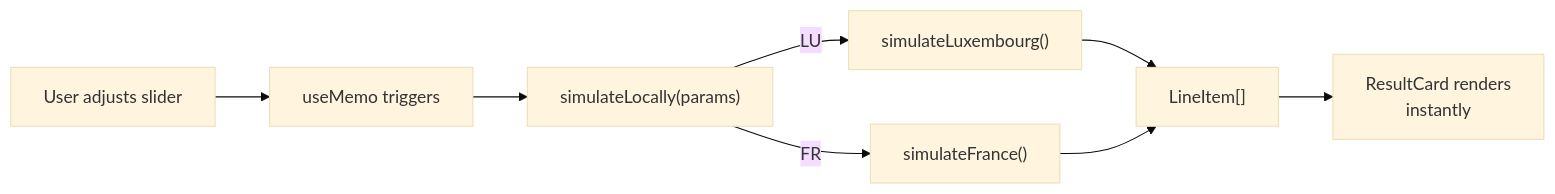
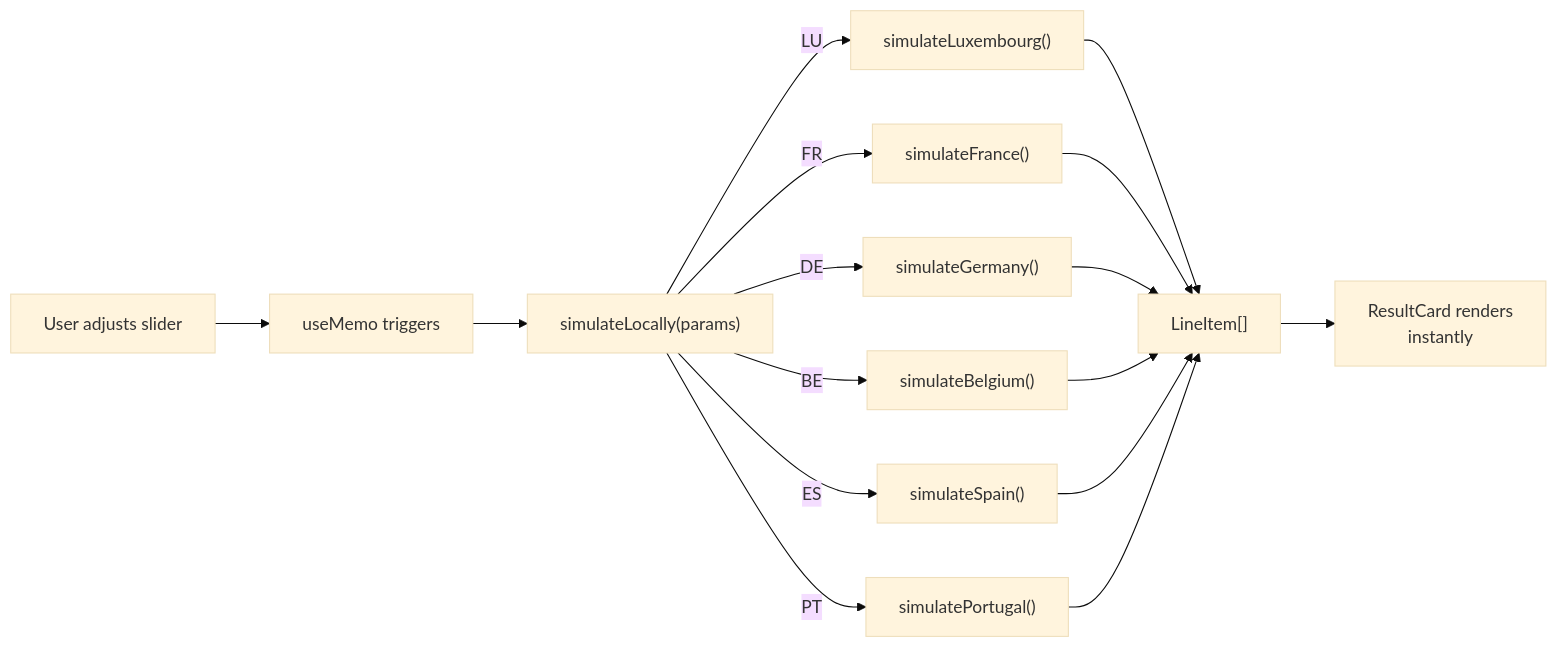
Before and after one commit to nabz0r/Global-Green-Tax: diagram 24 of 26 in docs/architecture.md, drawn with Mermaid (base theme). The commit also changed other lines of this file and 1 other file, not shown here.

First line of the commit message:
docs: update README and architecture for Freemium tier, admin dashboard, data lake & AI pipeline

````diff
--- a/docs/architecture.md
+++ b/docs/architecture.md
@@ -574,10 +814,13 @@
 ```mermaid
 flowchart LR
     SLIDER["User adjusts slider"] --> MEMO["useMemo triggers"]
     MEMO --> DISPATCH["simulateLocally(params)"]
     DISPATCH -->|"LU"| LU_CLIENT["simulateLuxembourg()"]
     DISPATCH -->|"FR"| FR_CLIENT["simulateFrance()"]
-    LU_CLIENT --> ITEMS["LineItem[]"]
-    FR_CLIENT --> ITEMS
+    DISPATCH -->|"DE"| DE_CLIENT["simulateGermany()"]
+    DISPATCH -->|"BE"| BE_CLIENT["simulateBelgium()"]
+    DISPATCH -->|"ES"| ES_CLIENT["simulateSpain()"]
+    DISPATCH -->|"PT"| PT_CLIENT["simulatePortugal()"]
+    LU_CLIENT & FR_CLIENT & DE_CLIENT & BE_CLIENT & ES_CLIENT & PT_CLIENT --> ITEMS["LineItem[]"]
     ITEMS --> CARD["ResultCard renders<br/>instantly"]
 ```
````
